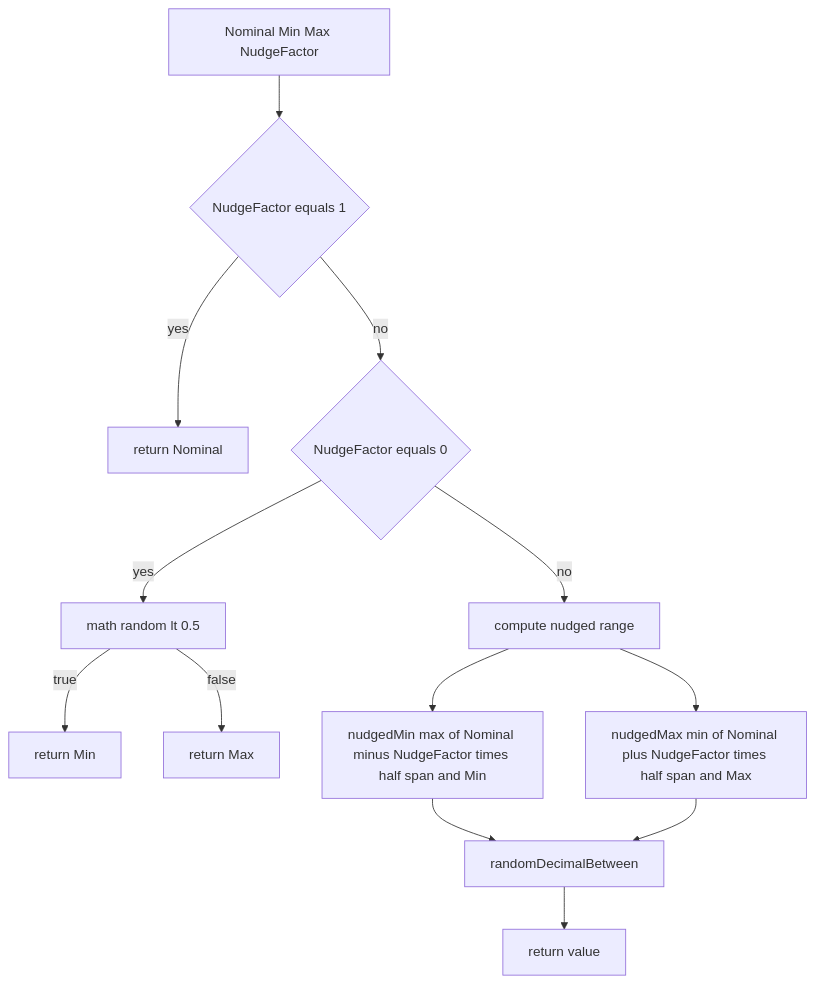
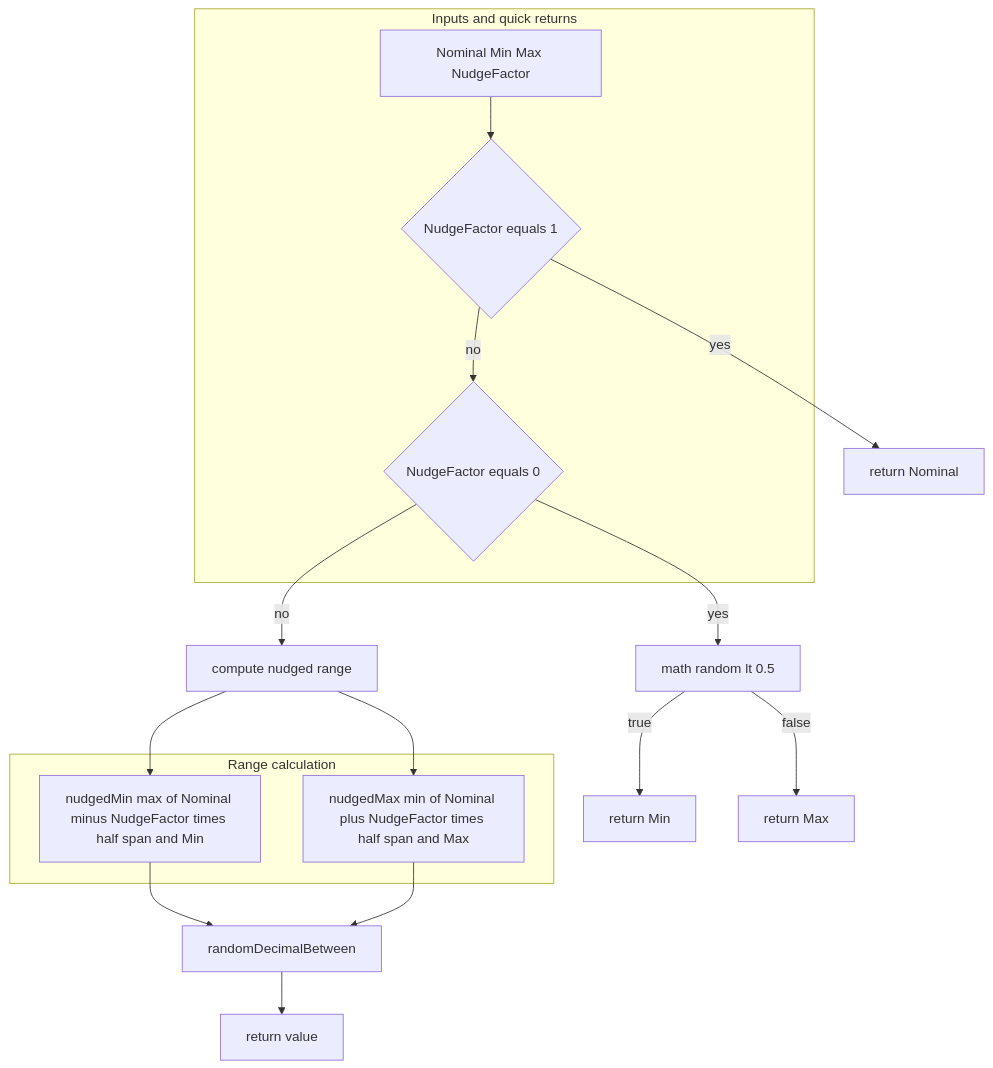
The first of 4 diagrams in docs/math/randomization.md (Gh0st352/AETHR), drawn with Mermaid before and after one commit. The commit also changed other lines of this file and 5 other files, not shown here.

First line of the commit message:
docs: normalize headings and enhance Mermaid diagrams in math README

````diff
--- a/docs/math/randomization.md
+++ b/docs/math/randomization.md
@@ -18,15 +18,29 @@
 ```mermaid
+%% shared theme: docs/_mermaid/theme.json %%
 flowchart TD
-  IN[Nominal Min Max NudgeFactor] --> NF1{NudgeFactor equals 1}
+  subgraph "Inputs and quick returns"
+    IN[Nominal Min Max NudgeFactor]
+    NF1{NudgeFactor equals 1}
+    NF0{NudgeFactor equals 0}
+  end
+  IN --> NF1
   NF1 -->|yes| RETN[return Nominal]
-  NF1 -->|no| NF0{NudgeFactor equals 0}
+  NF1 -->|no| NF0
   NF0 -->|yes| COIN[math random lt 0.5]
   COIN -->|true| RETMIN[return Min]
   COIN -->|false| RETMAX[return Max]
   NF0 -->|no| RANGE[compute nudged range]
-  RANGE --> MIN[nudgedMin max of Nominal minus NudgeFactor times half span and Min]
-  RANGE --> MAX[nudgedMax min of Nominal plus NudgeFactor times half span and Max]
+  subgraph "Range calculation"
+    MIN[nudgedMin max of Nominal minus NudgeFactor times half span and Min]
+    MAX[nudgedMax min of Nominal plus NudgeFactor times half span and Max]
+  end
+  RANGE --> MIN
+  RANGE --> MAX
   MIN --> CALL[randomDecimalBetween]
   MAX --> CALL
   CALL --> RET[return value]
+  class IN class_io;
+  class NF1,NF0,COIN class_decision;
+  class RANGE,MIN,MAX,CALL class_compute;
+  class RET,RETN,RETMIN,RETMAX class_result;
 ```
````
